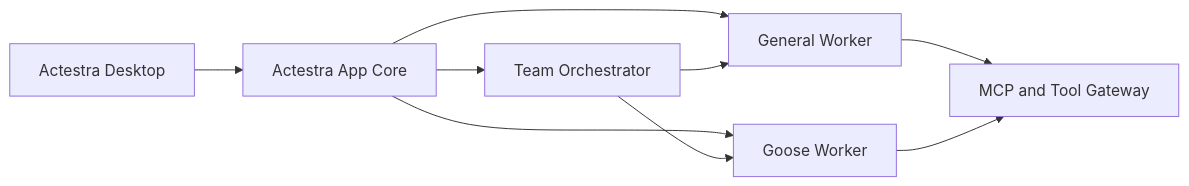
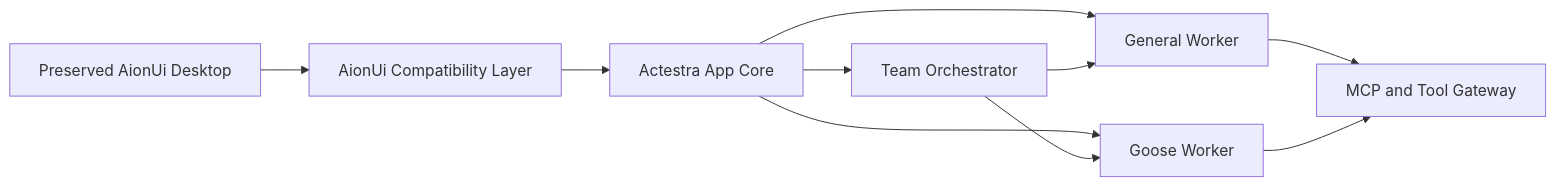
One commit to Ablankpaper/actestra-desktop changed the diagram in README.md. Above: the diagram before and after it, drawn with Mermaid. The commit also changed other lines of this file and 1839 other files, not shown here.

First line of the commit message:
Preserve native AionUi as the Actestra product foundation (#6)

````diff
--- a/README.md
+++ b/README.md
@@ -116,11 +186,12 @@
 ```mermaid
 flowchart LR
-    UI["Actestra Desktop"] --> CORE["Actestra App Core"]
+    UI["Preserved AionUi Desktop"] --> COMPAT["AionUi Compatibility Layer"]
+    COMPAT --> CORE["Actestra App Core"]
     CORE --> GENERAL["General Worker"]
     CORE --> GOOSE["Goose Worker"]
     CORE --> TEAM["Team Orchestrator"]
     GENERAL --> TOOLS["MCP and Tool Gateway"]
     GOOSE --> TOOLS
     TEAM --> GENERAL
     TEAM --> GOOSE
 ```
````
